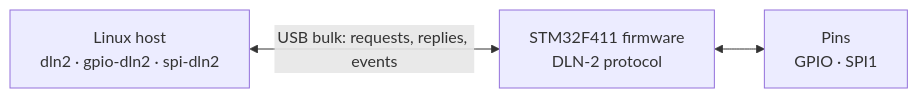
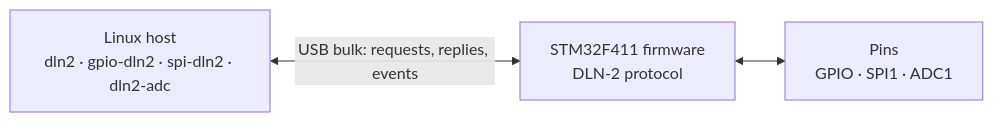
Before and after one commit to Dishuk/f411_dln2_gpio: the diagram in README.md, drawn with Mermaid. The commit also changed other lines of this file and 1 other file, not shown here.

Commit message:
Add ADC with internal VREFINT and temperature channels

````diff
--- a/README.md
+++ b/README.md
@@ -74,8 +102,8 @@
 ```mermaid
 flowchart LR
-  H["Linux host<br/>dln2 · gpio-dln2 · spi-dln2"]
+  H["Linux host<br/>dln2 · gpio-dln2 · spi-dln2 · dln2-adc"]
   F["STM32F411 firmware<br/>DLN-2 protocol"]
-  P["Pins<br/>GPIO · SPI1"]
+  P["Pins<br/>GPIO · SPI1 · ADC1"]
   H <-->|"USB bulk: requests, replies, events"| F
   F <--> P
 ```
````
